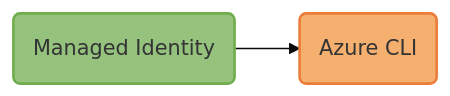
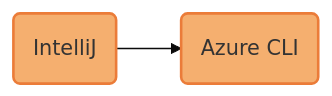
One commit to MicrosoftDocs/azure-dev-docs changed the diagram in articles/java/sdk/includes/mermaidjs/chained-token-credential-auth-flow.md. Above: the diagram before and after it, drawn with Mermaid. The commit also changed other lines of this file and 2 other files, not shown here.

Commit message:
Update DefaultAzureCredential usage guidelines for Java

````diff
--- a/articles/java/sdk/includes/mermaidjs/chained-token-credential-auth-flow.md
+++ b/articles/java/sdk/includes/mermaidjs/chained-token-credential-auth-flow.md
@@ -6,24 +6,23 @@
 ```mermaid
 %% STEPS TO GENERATE IMAGE
 %% =======================
 %% 1. Install mermaid CLI v10.9.1 (see https://github.com/mermaid-js/mermaid-cli/blob/master/README.md):
 %%    npm i -g @mermaid-js/mermaid-cli@10.9.1
 %% 2. Run command: mmdc -i chained-token-credential-auth-flow.md -o ../../media/mermaidjs/chained-token-credential-auth-flow.svg
 
 %%{
   init: {
     'theme': 'base',
     'themeVariables': {
       'tertiaryBorderColor': '#fff',
       'tertiaryColor': '#fff'
     }
   }
 }%%
 
 flowchart LR;
-    C(Managed Identity):::deployed --> G(Azure CLI):::developer;
+    E(IntelliJ):::developer --> F(Azure CLI):::developer;
 
     %% Define styles for credential type boxes
-    classDef deployed fill:#95C37E, stroke:#71AD4C, stroke-width:2px;
     classDef developer fill:#F5AF6F, stroke:#EB7C39, stroke-width:2px;
 ```
````
